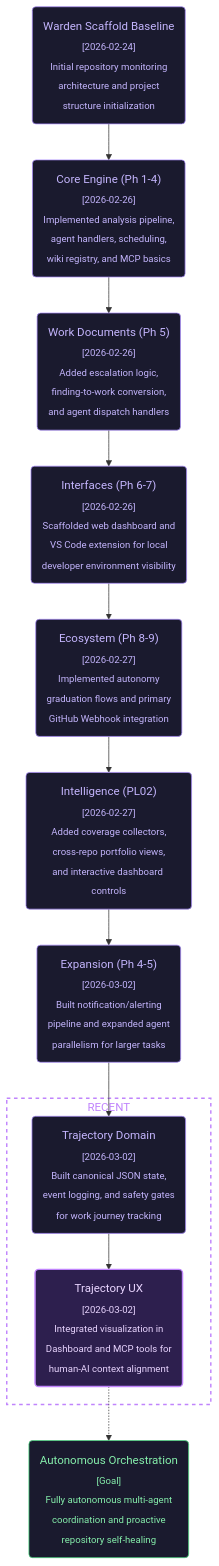
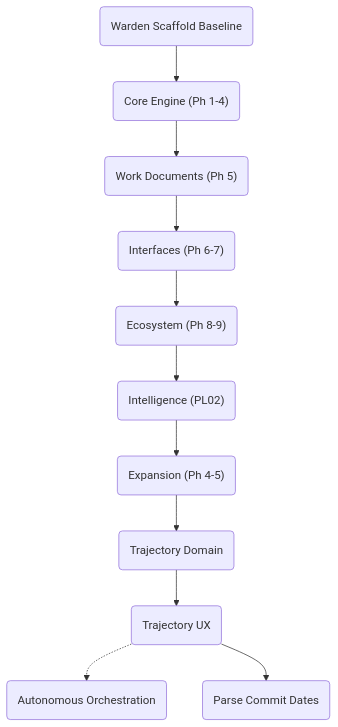
One commit to ceponatia/warden changed the diagram in vizvibe.mmd. Above: the diagram before and after it, drawn with Mermaid. The commit also changed 24 other files, not shown here.

First line of the commit message:
feat: implement multi-tier trajectory visualization for PR comments (#14)

```diff
--- a/vizvibe.mmd
+++ b/vizvibe.mmd
@@ -1,79 +1,35 @@
 flowchart TD
-    %% === PROJECT GOALS ===
-    %% Ultimate Goal: Building an autonomous agent orchestration layer for comprehensive repository health monitoring.
-    %% Current Goal: Finalizing the event-driven Trajectory system for multi-agent coordination.
+    %% @project_start [start, closed, 2026-02-24, coldaine]
+    %% @ultimate_goal [end, opened, 2026-03-02, coldaine]
+    %% @foundation [ai-task, closed, 2026-02-26, coldaine]
+    %% @work_docs [ai-task, closed, 2026-02-26, coldaine]
+    %% @surfaces [ai-task, closed, 2026-02-26, coldaine]
+    %% @autonomy_github [ai-task, closed, 2026-02-27, coldaine]
+    %% @intelligence [ai-task, closed, 2026-02-27, coldaine]
+    %% @expansion [ai-task, closed, 2026-03-02, coldaine]
+    %% @trajectory_core [ai-task, closed, 2026-03-02, coldaine]
+    %% @trajectory_ux [ai-task, closed, 2026-03-02, coldaine]
+    %% @parse_commit_dates [feature, closed, 2026-03-04, system]
 
-    %% === START ===
-    %% @project_start [start, closed, 2026-02-24, coldaine]
-    project_start("Warden Scaffold Baseline<br/><sub>[2026-02-24]<br/>Initial repository monitoring<br/>architecture and project<br/>structure initialization</sub>")
+    project_start("Warden Scaffold Baseline")
+    ultimate_goal("Autonomous Orchestration")
+    foundation("Core Engine (Ph 1-4)")
+    work_docs("Work Documents (Ph 5)")
+    surfaces("Interfaces (Ph 6-7)")
+    autonomy_github("Ecosystem (Ph 8-9)")
+    intelligence("Intelligence (PL02)")
+    expansion("Expansion (Ph 4-5)")
+    trajectory_core("Trajectory Domain")
+    trajectory_ux("Trajectory UX")
+    parse_commit_dates("Parse Commit Dates")
 
-    %% @ultimate_goal [end, opened, 2026-03-02, coldaine]
-    ultimate_goal("Autonomous Orchestration<br/><sub>[Goal]<br/>Fully autonomous multi-agent<br/>coordination and proactive<br/>repository self-healing</sub>")
-
-    %% === PHASE 1-4: CORE FOUNDATION ===
-    %% @foundation [ai-task, closed, 2026-02-26, coldaine]
-    foundation("Core Engine (Ph 1-4)<br/><sub>[2026-02-26]<br/>Implemented analysis pipeline,<br/>agent handlers, scheduling,<br/>wiki registry, and MCP basics</sub>")
-
-    %% === PHASE 5: WORK MANAGEMENT ===
-    %% @work_docs [ai-task, closed, 2026-02-26, coldaine]
-    work_docs("Work Documents (Ph 5)<br/><sub>[2026-02-26]<br/>Added escalation logic,<br/>finding-to-work conversion,<br/>and agent dispatch handlers</sub>")
-
-    %% === PHASE 6-7: INTERFACES ===
-    %% @surfaces [ai-task, closed, 2026-02-26, coldaine]
-    surfaces("Interfaces (Ph 6-7)<br/><sub>[2026-02-26]<br/>Scaffolded web dashboard and<br/>VS Code extension for local<br/>developer environment visibility</sub>")
-
-    %% === PHASE 8-9: INTEGRATION ===
-    %% @autonomy_github [ai-task, closed, 2026-02-27, coldaine]
-    autonomy_github("Ecosystem (Ph 8-9)<br/><sub>[2026-02-27]<br/>Implemented autonomy<br/>graduation flows and primary<br/>GitHub Webhook integration</sub>")
-
-    %% === PL02 SERIES: INTELLIGENCE ===
-    %% @intelligence [ai-task, closed, 2026-02-27, coldaine]
-    intelligence("Intelligence (PL02)<br/><sub>[2026-02-27]<br/>Added coverage collectors,<br/>cross-repo portfolio views,<br/>and interactive dashboard controls</sub>")
-
-    %% === PH 4-5: SCALE ===
-    %% @expansion [ai-task, closed, 2026-03-02, coldaine]
-    expansion("Expansion (Ph 4-5)<br/><sub>[2026-03-02]<br/>Built notification/alerting<br/>pipeline and expanded agent<br/>parallelism for larger tasks</sub>")
-
-    %% === TRAJECTORY SYSTEM (TODAY) ===
-    %% @trajectory_core [ai-task, closed, 2026-03-02, coldaine]
-    trajectory_core("Trajectory Domain<br/><sub>[2026-03-02]<br/>Built canonical JSON state,<br/>event logging, and safety gates<br/>for work journey tracking</sub>")
-
-    %% @trajectory_ux [ai-task, closed, 2026-03-02, coldaine]
-    trajectory_ux("Trajectory UX<br/><sub>[2026-03-02]<br/>Integrated visualization in<br/>Dashboard and MCP tools for<br/>human-AI context alignment</sub>")
-
-    %% === CONNECTIONS ===
     project_start --> foundation
     foundation --> work_docs
     work_docs --> surfaces
     surfaces --> autonomy_github
     autonomy_github --> intelligence
     intelligence --> expansion
     expansion --> trajectory_core
     trajectory_core --> trajectory_ux
     trajectory_ux -.-> ultimate_goal
-
-    %% === RECENT WORK HIGHLIGHT ===
-    subgraph recent [RECENT]
-        trajectory_core
-        trajectory_ux
-    end
-
-    %% === STYLES ===
-    %% Closed tasks (soft purple)
-    style project_start fill:#1a1a2e,stroke:#a78bfa,color:#c4b5fd,stroke-width:1px
-    style foundation fill:#1a1a2e,stroke:#a78bfa,color:#c4b5fd,stroke-width:1px
-    style work_docs fill:#1a1a2e,stroke:#a78bfa,color:#c4b5fd,stroke-width:1px
-    style surfaces fill:#1a1a2e,stroke:#a78bfa,color:#c4b5fd,stroke-width:1px
-    style autonomy_github fill:#1a1a2e,stroke:#a78bfa,color:#c4b5fd,stroke-width:1px
-    style intelligence fill:#1a1a2e,stroke:#a78bfa,color:#c4b5fd,stroke-width:1px
-    style expansion fill:#1a1a2e,stroke:#a78bfa,color:#c4b5fd,stroke-width:1px
-    style trajectory_core fill:#1a1a2e,stroke:#a78bfa,color:#c4b5fd,stroke-width:1px
-
-    %% Recent node (highlighted purple)
-    style trajectory_ux fill:#2d1f4e,stroke:#c084fc,color:#e9d5ff,stroke-width:2px
-
-    %% Recent subgraph (dashed border)
-    style recent fill:transparent,stroke:#c084fc,color:#c084fc,stroke-width:2px,stroke-dasharray:5 5
-
-    %% Open tasks (soft green)
-    style ultimate_goal fill:#1a1a2e,stroke:#4ade80,color:#86efac,stroke-width:1px
+    trajectory_ux --> parse_commit_dates
```
